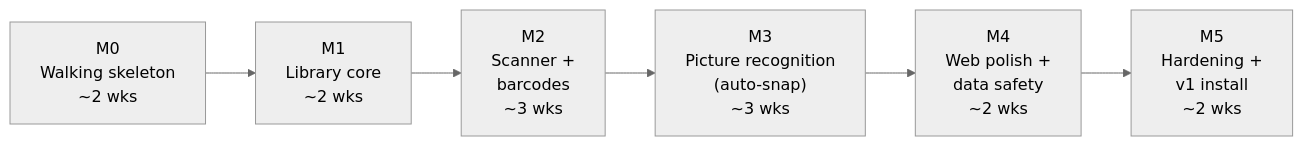
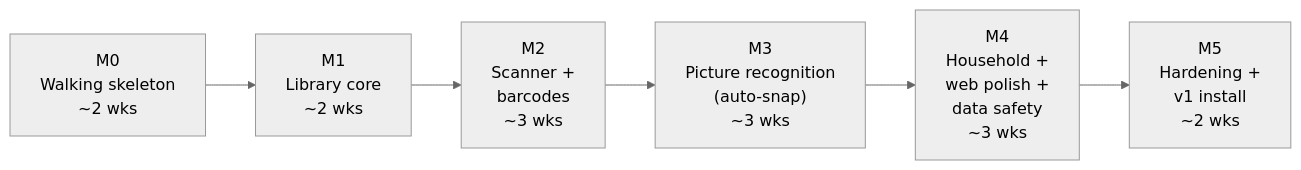
One commit to coryfinnegan/CollectionMaxxing changed the diagram in docs/11-roadmap.md. Above: the diagram before and after it, drawn with Mermaid (neutral theme). The commit also changed other lines of this file and 12 other files, not shown here.

````diff
--- a/docs/11-roadmap.md
+++ b/docs/11-roadmap.md
@@ -5,8 +5,8 @@
 ```mermaid
 flowchart LR
   M0["M0<br/>Walking skeleton<br/>~2 wks"] --> M1["M1<br/>Library core<br/>~2 wks"]
   M1 --> M2["M2<br/>Scanner +<br/>barcodes<br/>~3 wks"]
   M2 --> M3["M3<br/>Picture recognition<br/>(auto-snap)<br/>~3 wks"]
-  M3 --> M4["M4<br/>Web polish +<br/>data safety<br/>~2 wks"]
+  M3 --> M4["M4<br/>Household +<br/>web polish +<br/>data safety<br/>~3 wks"]
   M4 --> M5["M5<br/>Hardening +<br/>v1 install<br/>~2 wks"]
 ```
````
